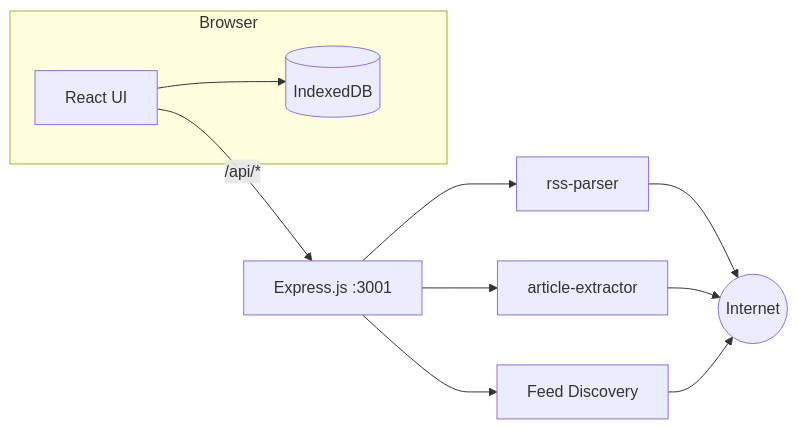
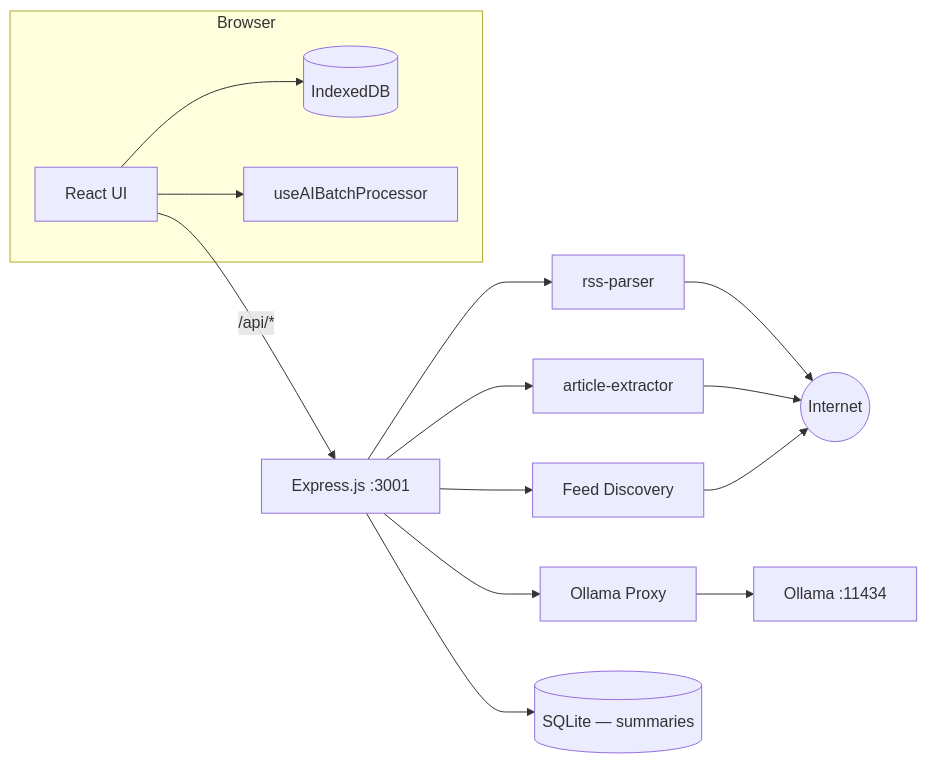
Before and after one commit to socraticsurge/atlas-pulse: the diagram in walkthrough.md, drawn with Mermaid. The commit also changed other lines of this file and 2 other files, not shown here.

````diff
--- a/walkthrough.md
+++ b/walkthrough.md
@@ -25,13 +11,17 @@
 ```mermaid
 graph LR
     subgraph Browser
         React[React UI] --> IDB[(IndexedDB)]
+        React --> BatchEngine[useAIBatchProcessor]
     end
     React -->|"/api/*"| Express[Express.js :3001]
     Express --> RSS[rss-parser]
     Express --> Extract["article-extractor"]
     Express --> Discover[Feed Discovery]
+    Express --> OllamaProxy[Ollama Proxy]
+    Express --> SQLite[(SQLite — summaries)]
+    OllamaProxy --> Ollama[Ollama :11434]
     RSS --> Web((Internet))
     Extract --> Web
     Discover --> Web
 ```
````
